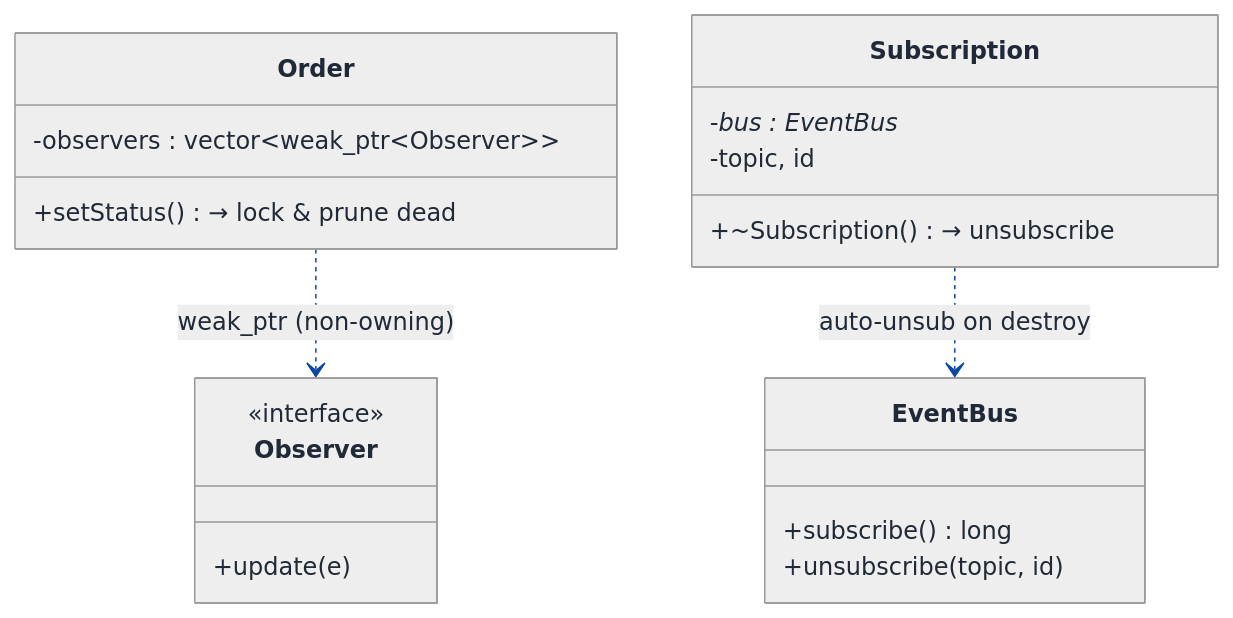
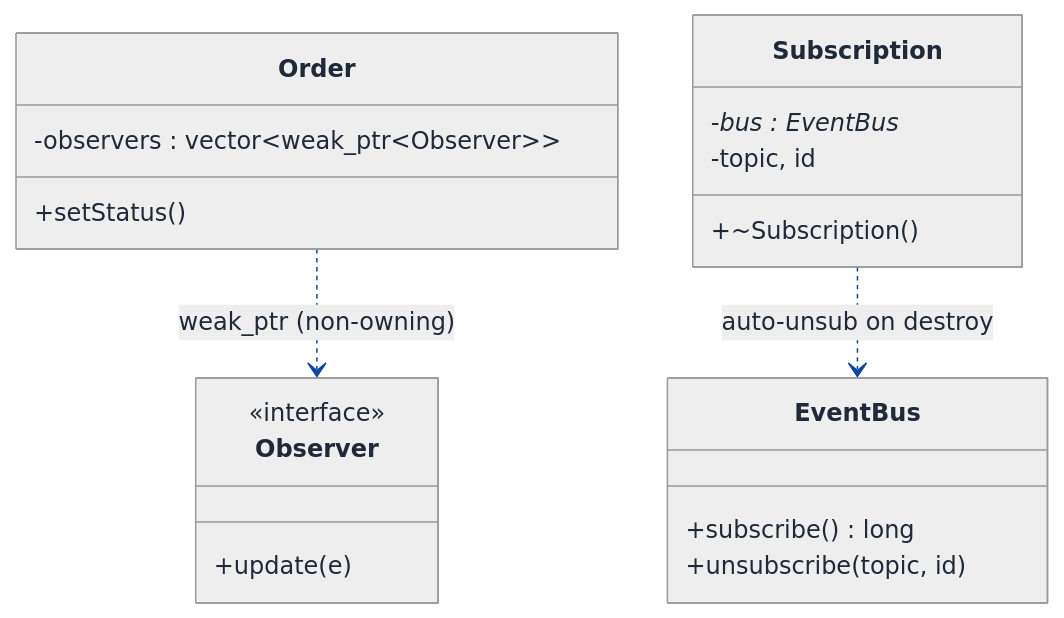
Before and after one commit to Prateek-5/question-bank: the fourth of 8 diagrams in LLD/Topics/Observer_Pattern/Observer_Vs_PubSub.md, drawn with Mermaid. The commit also changed other lines of this file and 61 other files, not shown here.

First line of the commit message:
Fix invalid mermaid classDiagram member syntax across LLD walkthroughs

````diff
--- a/LLD/Topics/Observer_Pattern/Observer_Vs_PubSub.md
+++ b/LLD/Topics/Observer_Pattern/Observer_Vs_PubSub.md
@@ -624,55 +624,55 @@
 ```mermaid
 ---
 config:
   theme: neutral
   themeVariables:
     background: '#ffffff'
     primaryColor: '#cfe2ff'
     primaryTextColor: '#1f2937'
     primaryBorderColor: '#084298'
     secondaryColor: '#fff3cd'
     secondaryTextColor: '#1f2937'
     secondaryBorderColor: '#664d03'
     tertiaryColor: '#d1e7dd'
     tertiaryTextColor: '#1f2937'
     tertiaryBorderColor: '#0a3622'
     lineColor: '#0d47a1'
     textColor: '#1f2937'
     noteBkgColor: '#fff3cd'
     noteTextColor: '#1f2937'
     noteBorderColor: '#997404'
     actorBkg: '#cfe2ff'
     actorBorder: '#084298'
     actorTextColor: '#1f2937'
     signalColor: '#0d47a1'
     signalTextColor: '#1f2937'
     labelBoxBkgColor: '#ffffff'
     labelBoxBorderColor: '#d3d3d3'
     labelTextColor: '#1f2937'
     edgeLabelBackground: '#ffffff'
     labelBackground: '#ffffff'
     classText: '#1f2937'
     fontFamily: 'system-ui, -apple-system, Segoe UI, Helvetica, Arial, sans-serif'
 ---
 classDiagram
   direction TB
   class Order {
     -observers : vector~weak_ptr~Observer~~
-    +setStatus() → lock & prune dead
+    +setStatus()
   }
   class Observer {
     <<interface>>
     +update(e)
   }
   class Subscription {
     -bus : EventBus*
     -topic, id
-    +~Subscription() → unsubscribe
+    +~Subscription()
   }
   class EventBus {
     +subscribe() long
     +unsubscribe(topic, id)
   }
   Order ..> Observer : weak_ptr (non-owning)
   Subscription ..> EventBus : auto-unsub on destroy
 ```
````
